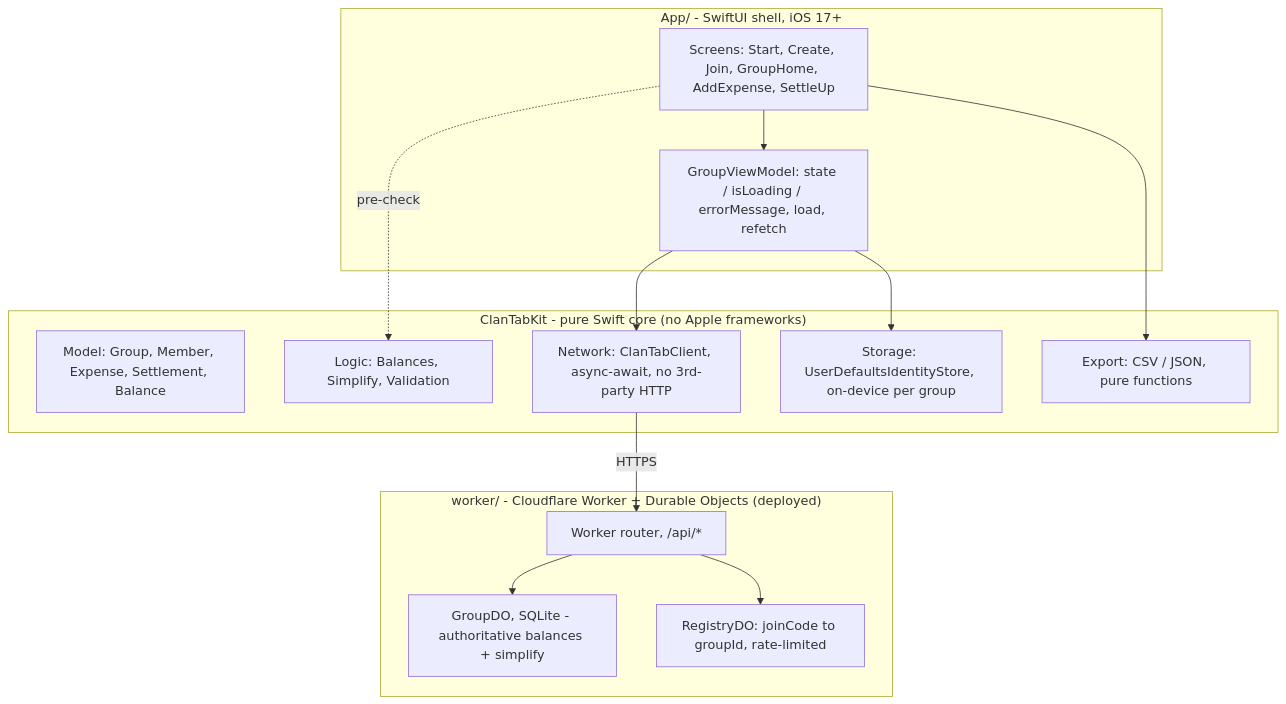
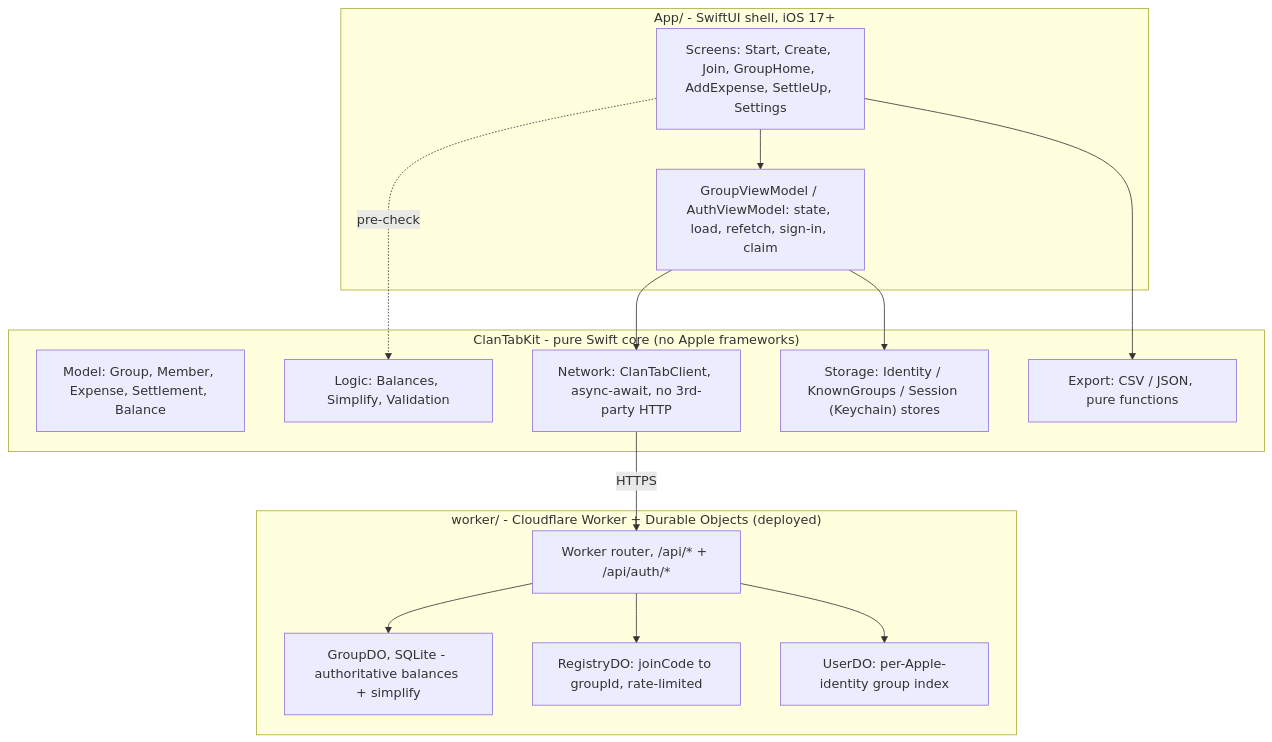
Before and after one commit to nakka-labs/clantab-ios: the diagram in README.md, drawn with Mermaid. The commit also changed other lines of this file and 8 other files, not shown here.

````diff
--- a/README.md
+++ b/README.md
@@ -45,30 +51,32 @@
 ```mermaid
 flowchart TB
     subgraph app["App/ - SwiftUI shell, iOS 17+"]
-        screens["Screens: Start, Create, Join, GroupHome, AddExpense, SettleUp"]
-        vm["GroupViewModel: state / isLoading / errorMessage, load, refetch"]
+        screens["Screens: Start, Create, Join, GroupHome, AddExpense, SettleUp, Settings"]
+        vm["GroupViewModel / AuthViewModel: state, load, refetch, sign-in, claim"]
         screens --> vm
     end
 
     subgraph kit["ClanTabKit - pure Swift core (no Apple frameworks)"]
         model["Model: Group, Member, Expense, Settlement, Balance"]
         logic["Logic: Balances, Simplify, Validation"]
         client["Network: ClanTabClient, async-await, no 3rd-party HTTP"]
-        store["Storage: UserDefaultsIdentityStore, on-device per group"]
+        store["Storage: Identity / KnownGroups / Session (Keychain) stores"]
         export["Export: CSV / JSON, pure functions"]
     end
 
     vm --> client
     vm --> store
     screens --> export
     screens -.->|"pre-check"| logic
     client -->|HTTPS| worker
 
     subgraph backend["worker/ - Cloudflare Worker + Durable Objects (deployed)"]
-        worker["Worker router, /api/*"]
+        worker["Worker router, /api/* + /api/auth/*"]
         groupdo["GroupDO, SQLite - authoritative balances + simplify"]
         registrydo["RegistryDO: joinCode to groupId, rate-limited"]
+        userdo["UserDO: per-Apple-identity group index"]
         worker --> groupdo
         worker --> registrydo
+        worker --> userdo
     end
 ```
````
